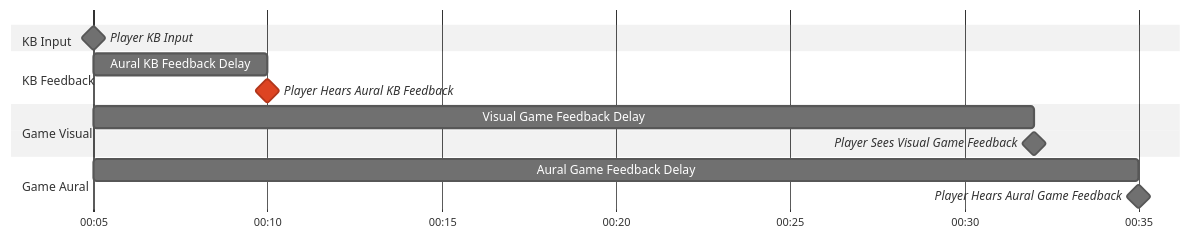
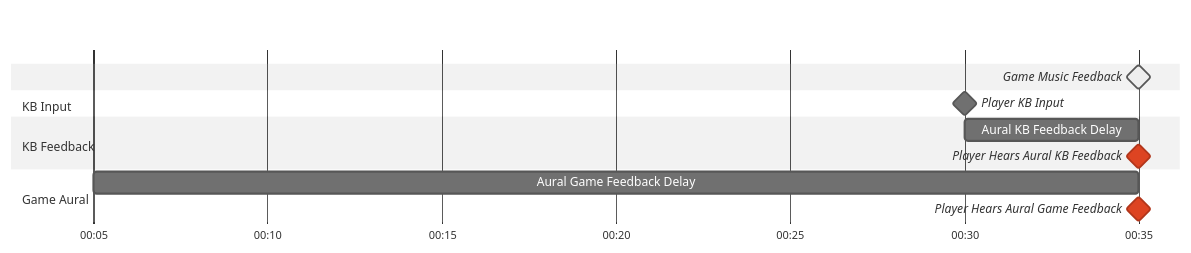
Before and after one commit to Eve-ning/Eve-ning.github.io: the fourth of 14 diagrams in _posts/2024-10-04-hitsounds.md, drawn with Mermaid (neutral theme). The commit also changed other lines of this file, not shown here.

````diff
--- a/_posts/2024-10-04-hitsounds.md
+++ b/_posts/2024-10-04-hitsounds.md
@@ -167,19 +173,17 @@
 ```mermaid
 gantt
   dateFormat mm:ss
   axisFormat %M:%S
+
+  Game Music Feedback: active, milestone, 00:35,
   section KB Input
-    Player KB Input: milestone, 00:05,
+    Player KB Input: milestone, 00:30,
 
   section KB Feedback
-    Aural KB Feedback Delay: 00:05, 00:10
-    Player Hears Aural KB Feedback: crit, milestone, 00:10,
-
-  section Game Visual
-    Visual Game Feedback Delay: 00:05, 00:32
-    Player Sees Visual Game Feedback: milestone, 00:32,
+    Aural KB Feedback Delay: 00:30, 00:35
+    Player Hears Aural KB Feedback: crit, milestone, 00:35,
 
   section Game Aural
     Aural Game Feedback Delay: 00:05, 00:35
-    Player Hears Aural Game Feedback: milestone, 00:35,
+    Player Hears Aural Game Feedback: crit, milestone, 00:35,
 ```
````
